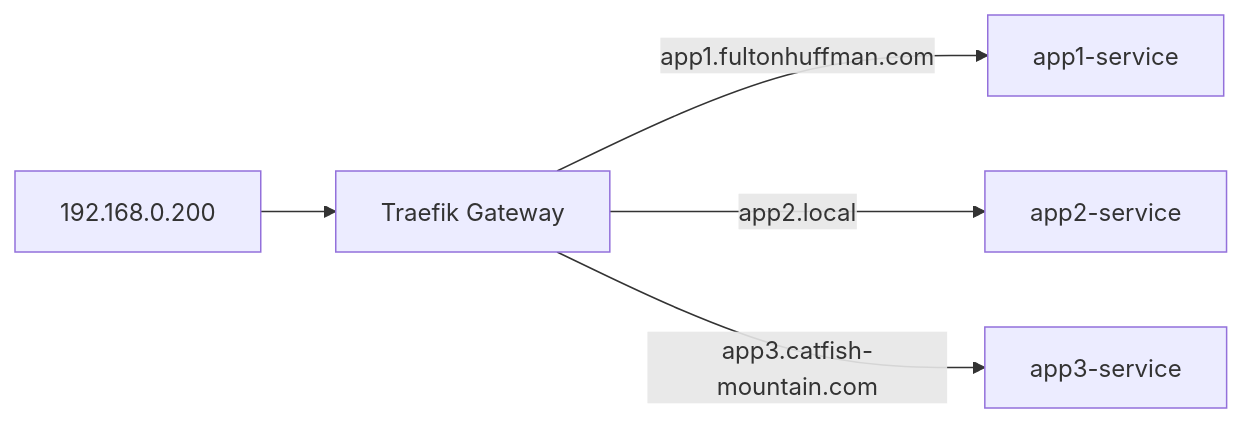
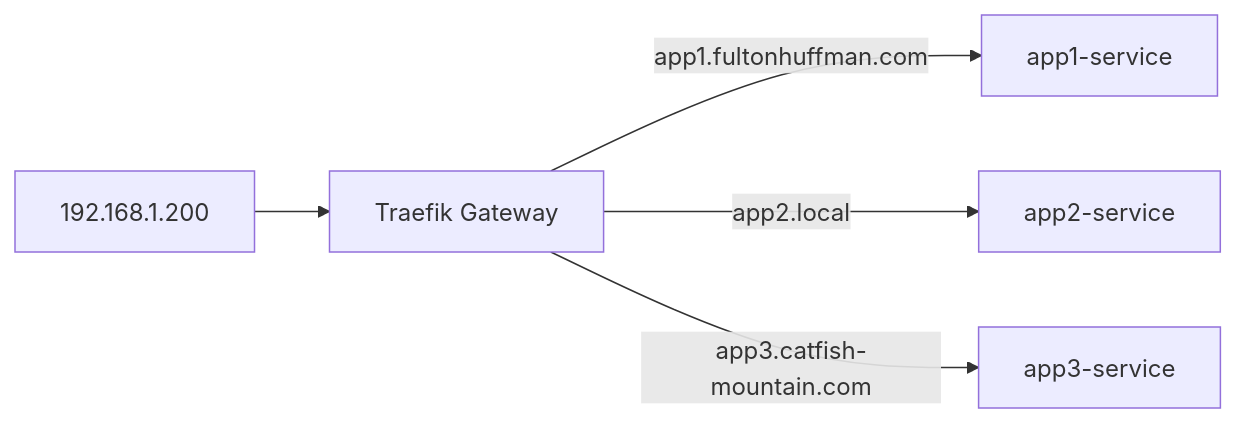
The second of 2 diagrams in kubernetes/infra/README.md (bafulton/homelab), drawn with Mermaid before and after one commit. The commit also changed other lines of this file and 12 other files, not shown here.

````diff
--- a/kubernetes/infra/README.md
+++ b/kubernetes/infra/README.md
@@ -109,7 +109,7 @@
 ```mermaid
 flowchart LR
-    ip[192.168.0.200] --> gateway[Traefik Gateway]
+    ip[192.168.1.200] --> gateway[Traefik Gateway]
     gateway -->|app1.fultonhuffman.com| app1[app1-service]
     gateway -->|app2.local| app2[app2-service]
     gateway -->|app3.catfish-mountain.com| app3[app3-service]
 ```
````
